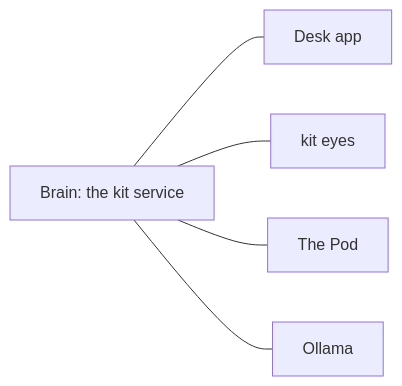
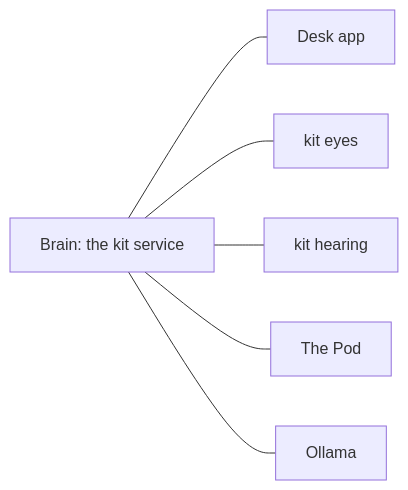
The diagram in docs/4 Guides/Running Kit.md (Senitage/Kit), drawn with Mermaid before and after one commit. The commit also changed other lines of this file and 41 other files, not shown here.

````diff
--- a/docs/4 Guides/Running Kit.md
+++ b/docs/4 Guides/Running Kit.md
@@ -28,7 +30,8 @@
 ```mermaid
 flowchart LR
     Brain["Brain: the kit service"] --- Desk["Desk app"]
     Brain --- Eyes["kit eyes"]
+    Brain --- Ears["kit hearing"]
     Brain --- Pod["The Pod"]
     Brain --- Ollama["Ollama"]
 ```
````
